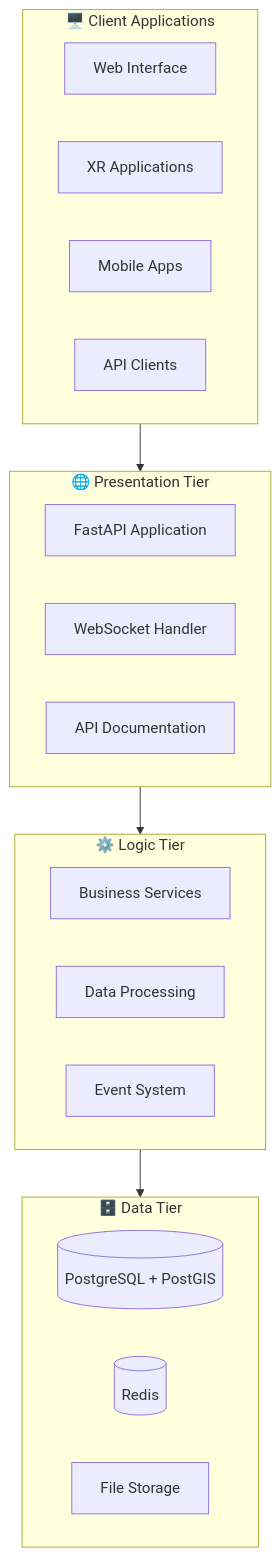
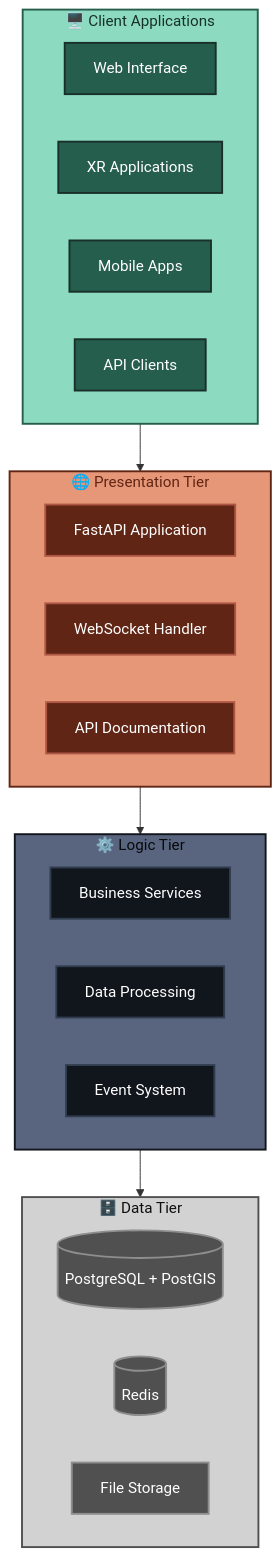
One commit to XRFutureForests/digital-twin-db changed the diagram in docs/architecture/system-architecture.md. Above: the diagram before and after it, drawn with Mermaid. The commit also changed 13 other files, not shown here.

````diff
--- a/docs/architecture/system-architecture.md
+++ b/docs/architecture/system-architecture.md
@@ -13,36 +13,52 @@
 ```mermaid
 flowchart TB
     subgraph CLIENTS["🖥️ Client Applications"]
         WEB[Web Interface]
         XR[XR Applications] 
         MOBILE[Mobile Apps]
         API_CLIENTS[API Clients]
     end
     
     subgraph PRESENTATION["🌐 Presentation Tier"]
         FASTAPI[FastAPI Application]
         WEBSOCKET[WebSocket Handler]
         DOCS[API Documentation]
     end
     
     subgraph LOGIC["⚙️ Logic Tier"]
         SERVICES[Business Services]
         PROCESSING[Data Processing]
         EVENTS[Event System]
     end
     
     subgraph DATA["🗄️ Data Tier"]
         POSTGRES[(PostgreSQL + PostGIS)]
         REDIS[(Redis)]
         FILES[File Storage]
     end
     
     CLIENTS --> PRESENTATION
     PRESENTATION --> LOGIC
     LOGIC --> DATA
     
-    classDef clientTier fill:#8cdbc0,stroke:#265e4d,stroke-width:2px
-    classDef presentationTier fill:#e59778,stroke:#612515,stroke-width:2px
-    classDef logicTier fill:#59657e,stroke:#11151c,stroke-width:2px
-    classDef dataTier fill:#d2d2d2,stroke:#313d4f,stroke-width:2px
+    %% Subgraph styling - lightest colors
+    classDef clientTier fill:#8cdbc0,stroke:#265e4d,stroke-width:2px,color:#183029
+    classDef presentationTier fill:#e59778,stroke:#612515,stroke-width:2px,color:#612515
+    classDef logicTier fill:#59657e,stroke:#11151c,stroke-width:2px,color:#07090c
+    classDef dataTier fill:#d2d2d2,stroke:#505050,stroke-width:2px,color:#0f0f0f
+    
+    %% Node styling - darkest colors
+    classDef clientNodes fill:#265e4d,stroke:#183029,stroke-width:2px,color:#ffffff
+    classDef presentationNodes fill:#612515,stroke:#ad5643,stroke-width:2px,color:#ffffff
+    classDef logicNodes fill:#11151c,stroke:#313d4f,stroke-width:2px,color:#ffffff
+    classDef dataNodes fill:#505050,stroke:#8e8e8e,stroke-width:2px,color:#ffffff
+    
+    class CLIENTS clientTier
+    class WEB,XR,MOBILE,API_CLIENTS clientNodes
+    class PRESENTATION presentationTier
+    class FASTAPI,WEBSOCKET,DOCS presentationNodes
+    class LOGIC logicTier
+    class SERVICES,PROCESSING,EVENTS logicNodes
+    class DATA dataTier
+    class POSTGRES,REDIS,FILES dataNodes
 ```
````
